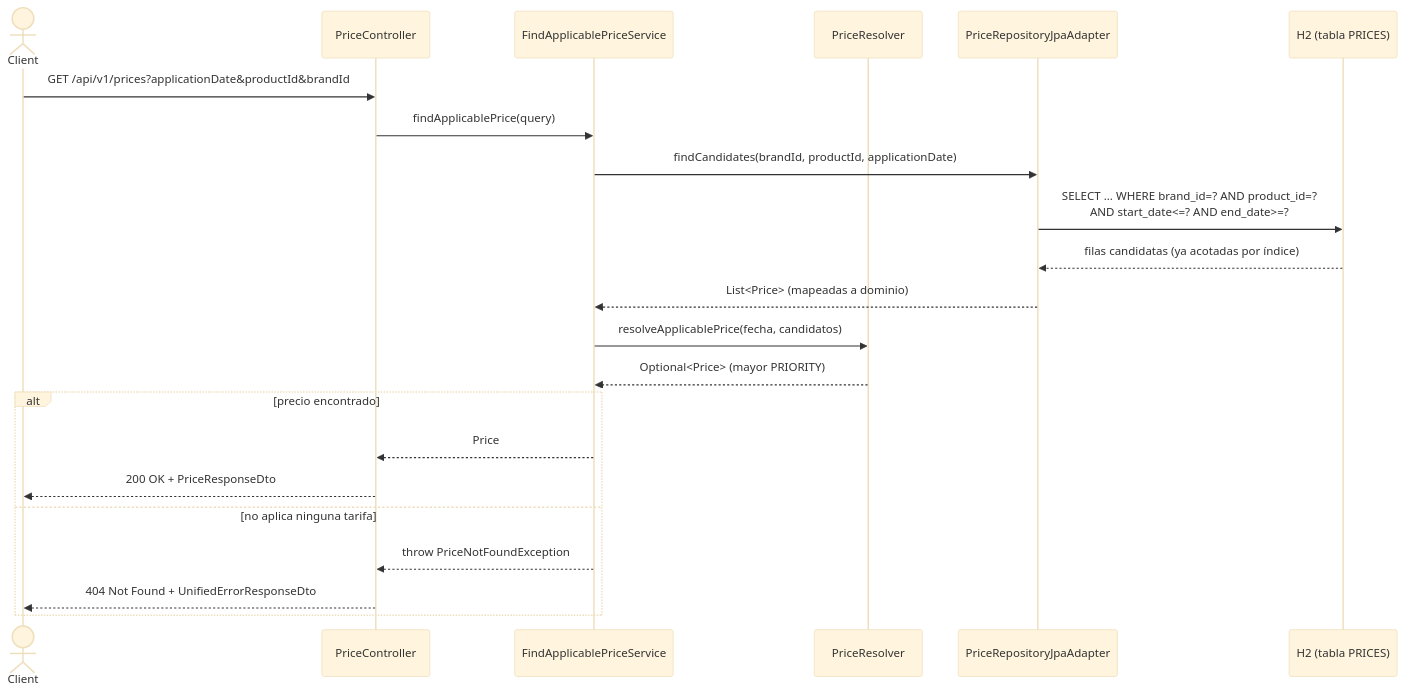
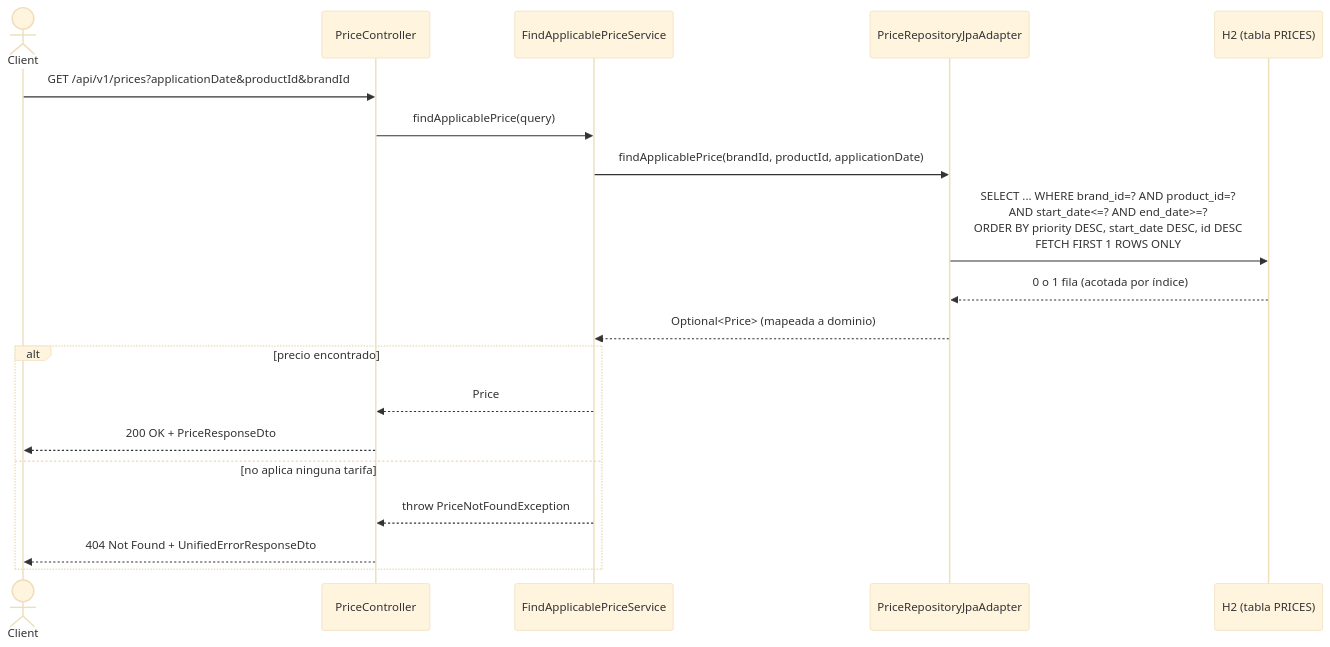
One commit to emanuelmcp/bcnc-inditex changed the third of 6 diagrams in README.md. Above: the diagram before and after it, drawn with Mermaid (base theme). The commit also changed other lines of this file, not shown here.

````diff
--- a/README.md
+++ b/README.md
@@ -155,25 +156,22 @@
 ```mermaid
 sequenceDiagram
     actor Client
     participant Controller as PriceController
     participant Service as FindApplicablePriceService
-    participant Resolver as PriceResolver
     participant Repo as PriceRepositoryJpaAdapter
     participant DB as H2 (tabla PRICES)
 
     Client->>Controller: GET /api/v1/prices?applicationDate&productId&brandId
     Controller->>Service: findApplicablePrice(query)
-    Service->>Repo: findCandidates(brandId, productId, applicationDate)
-    Repo->>DB: SELECT ... WHERE brand_id=? AND product_id=?<br/>AND start_date<=? AND end_date>=?
-    DB-->>Repo: filas candidatas (ya acotadas por índice)
-    Repo-->>Service: List<Price> (mapeadas a dominio)
-    Service->>Resolver: resolveApplicablePrice(fecha, candidatos)
-    Resolver-->>Service: Optional<Price> (mayor PRIORITY)
+    Service->>Repo: findApplicablePrice(brandId, productId, applicationDate)
+    Repo->>DB: SELECT ... WHERE brand_id=? AND product_id=?<br/>AND start_date<=? AND end_date>=?<br/>ORDER BY priority DESC, start_date DESC, id DESC<br/>FETCH FIRST 1 ROWS ONLY
+    DB-->>Repo: 0 o 1 fila (acotada por índice)
+    Repo-->>Service: Optional<Price> (mapeada a dominio)
     alt precio encontrado
         Service-->>Controller: Price
         Controller-->>Client: 200 OK + PriceResponseDto
     else no aplica ninguna tarifa
         Service-->>Controller: throw PriceNotFoundException
         Controller-->>Client: 404 Not Found + UnifiedErrorResponseDto
     end
 ```
````
